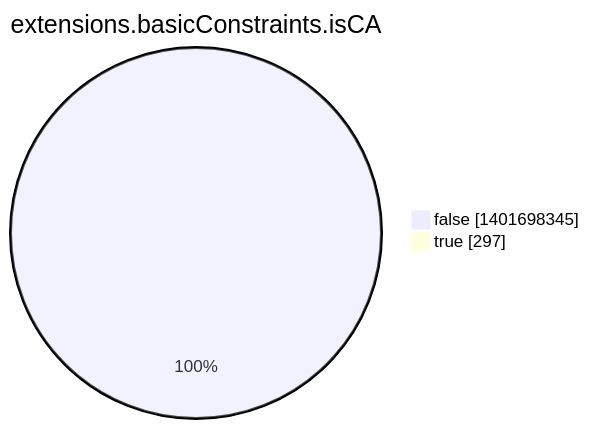
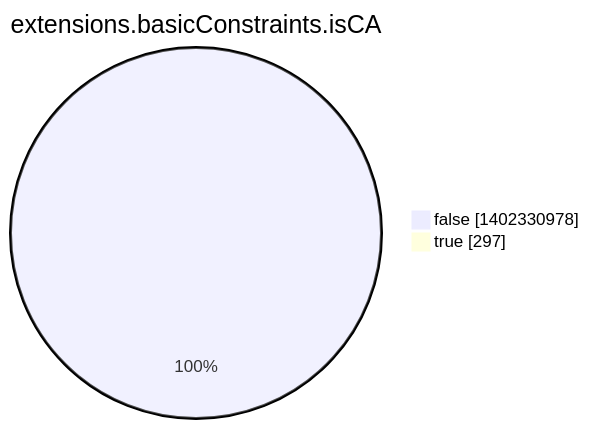
The eighth of 15 diagrams in argon2022/README.md (christiankrug/ctmonitor_visualization), drawn with Mermaid before and after one commit. The commit also changed other lines of this file, not shown here.

````diff
--- a/argon2022/README.md
+++ b/argon2022/README.md
@@ -2759,6 +2759,6 @@
 ```mermaid
 pie showData
 title extensions.basicConstraints.isCA
-"false" :1401698345
+"false" :1402330978
 "true" :297
 ```
````
